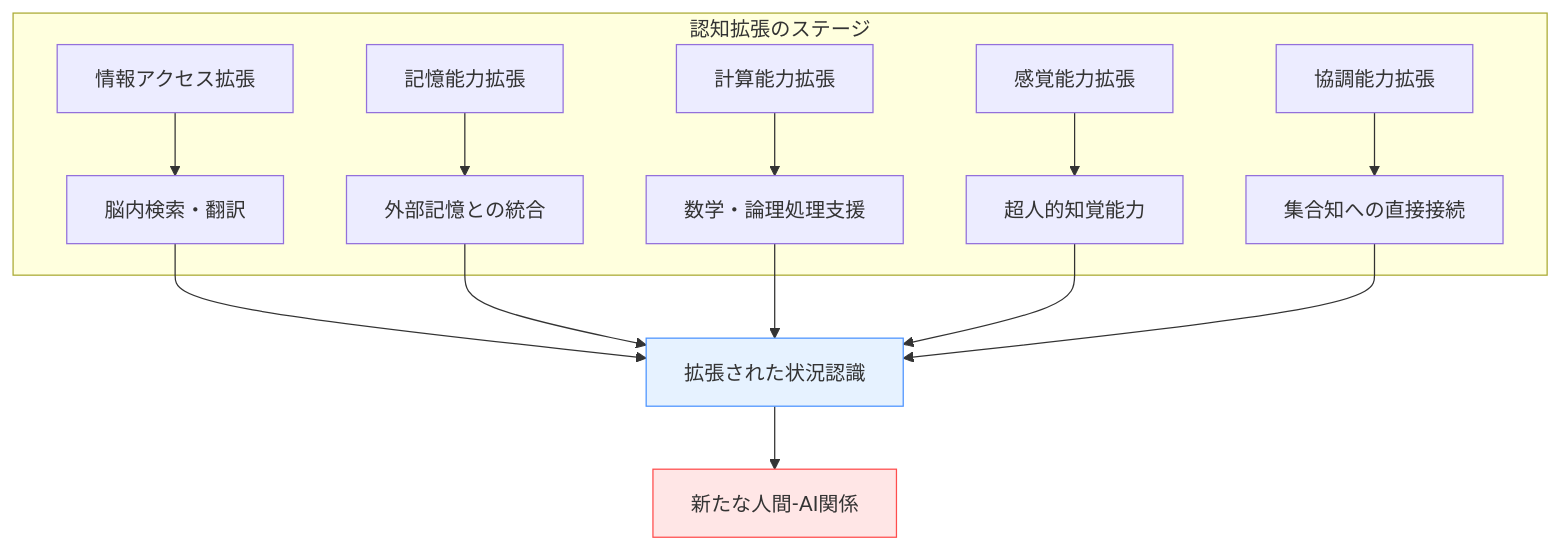
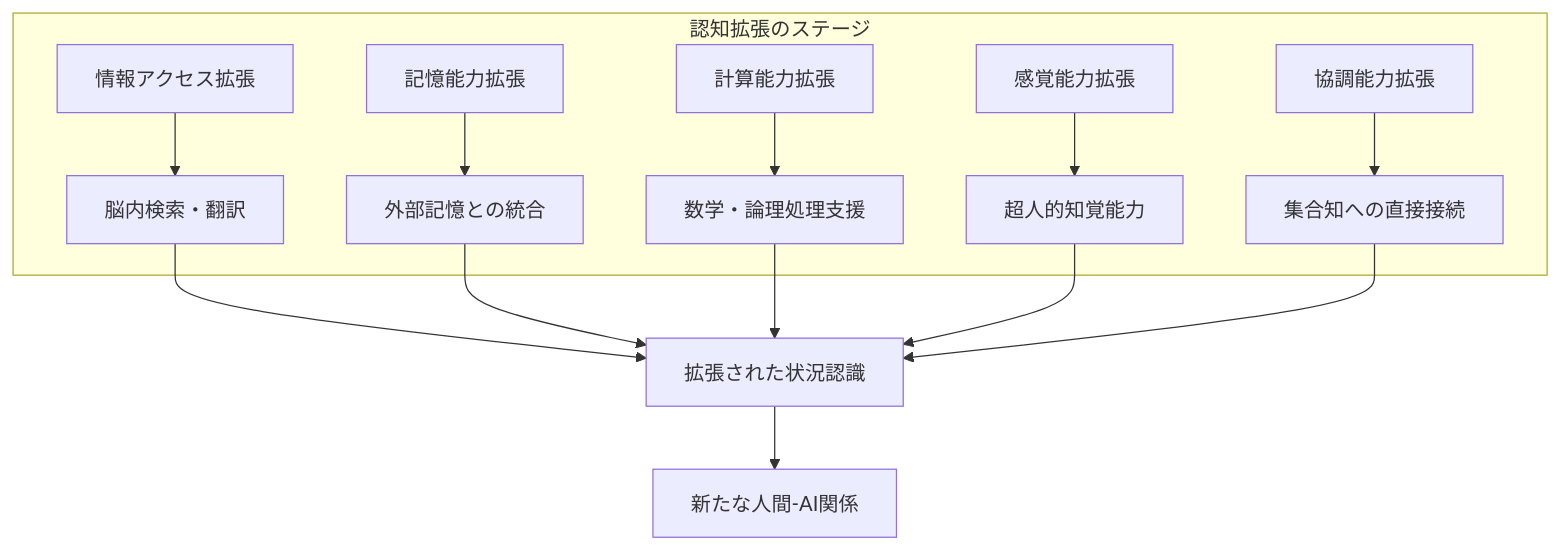
Before and after one commit to shuji-bonji/Situational-Awareness-and-Decision-Making: the third of 5 diagrams in docs/ai-and-future/future-trends.md, drawn with Mermaid. The commit also changed other lines of this file and 49 other files, not shown here.

Commit message:
fix: ダークモードで見づらい図の色の変更

````diff
--- a/docs/ai-and-future/future-trends.md
+++ b/docs/ai-and-future/future-trends.md
@@ -223,21 +221,18 @@
 ```mermaid
 graph TD
     subgraph "認知拡張のステージ"
         A1[情報アクセス拡張] --> B1[脳内検索・翻訳]
         A2[記憶能力拡張] --> B2[外部記憶との統合]
         A3[計算能力拡張] --> B3[数学・論理処理支援]
         A4[感覚能力拡張] --> B4[超人的知覚能力]
         A5[協調能力拡張] --> B5[集合知への直接接続]
     end
     
     B1 --> C[拡張された状況認識]
     B2 --> C
     B3 --> C
     B4 --> C
     B5 --> C
     
     C --> D[新たな人間-AI関係]
-    
-    style C fill:#e6f2ff,stroke:#4d94ff
-    style D fill:#ffe6e6,stroke:#ff4d4d
 ```
````
